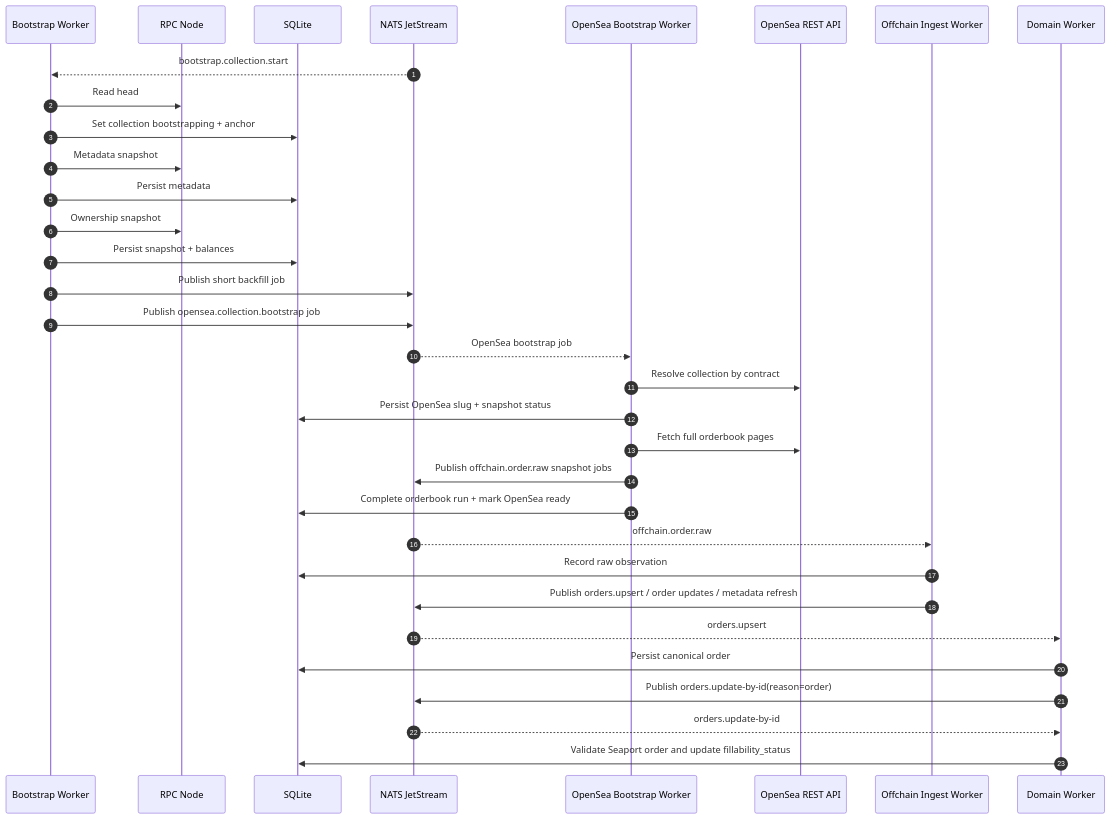
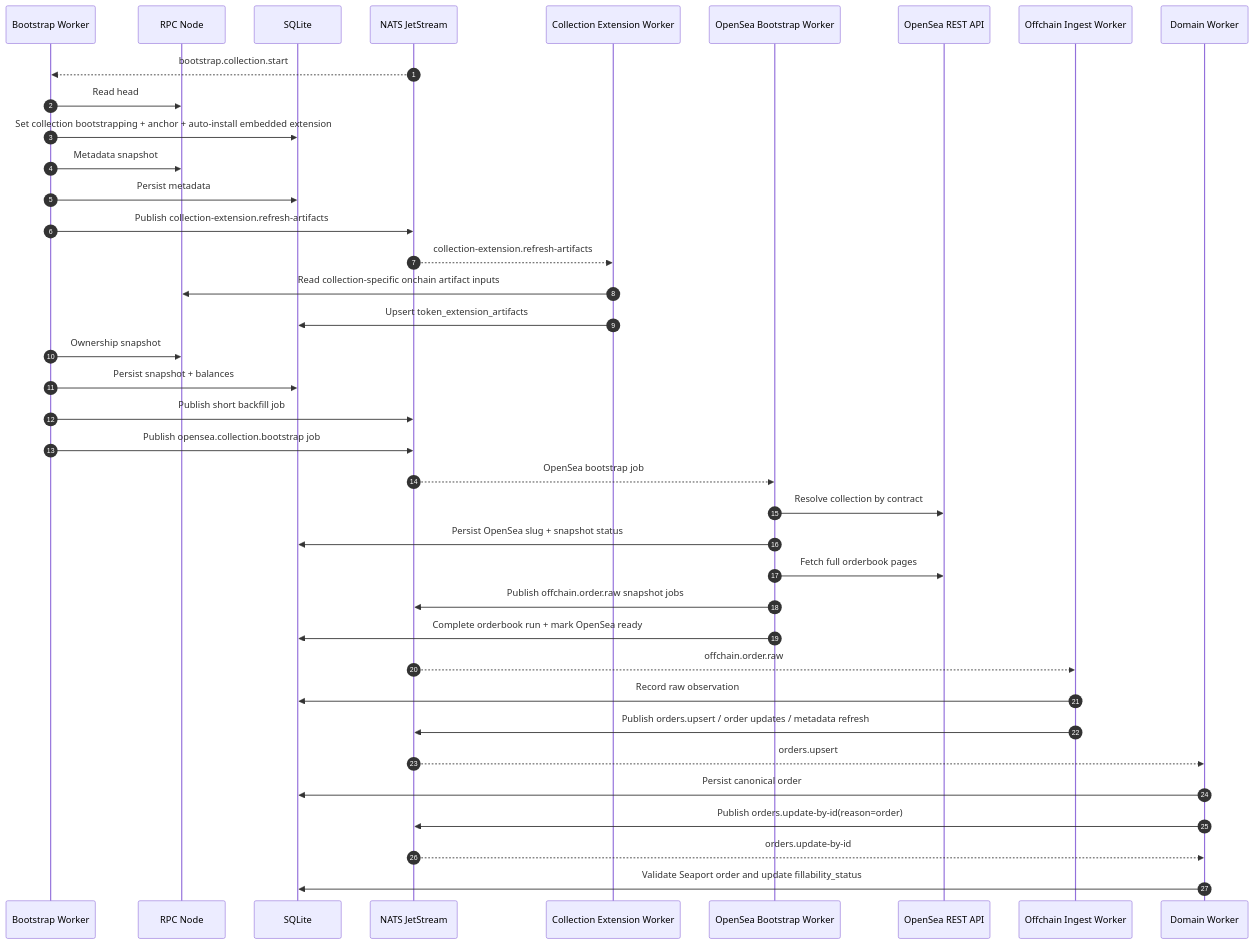
One commit to d347h-eth/artgod changed the second of 4 diagrams in docs/indexer/13-sequence-diagrams.md. Above: the diagram before and after it, drawn with Mermaid. The commit also changed other lines of this file and 41 other files, not shown here.

````diff
--- a/docs/indexer/13-sequence-diagrams.md
+++ b/docs/indexer/13-sequence-diagrams.md
@@ -35,39 +35,44 @@
 ```mermaid
 sequenceDiagram
     autonumber
     participant Bootstrap as Bootstrap Worker
     participant RPC as RPC Node
     participant DB as SQLite
     participant NATS as NATS JetStream
+    participant Ext as Collection Extension Worker
     participant OSBoot as OpenSea Bootstrap Worker
     participant OSAPI as OpenSea REST API
     participant Offchain as Offchain Ingest Worker
     participant Domain as Domain Worker
 
     NATS-->>Bootstrap: bootstrap.collection.start
     Bootstrap->>RPC: Read head
-    Bootstrap->>DB: Set collection bootstrapping + anchor
+    Bootstrap->>DB: Set collection bootstrapping + anchor + auto-install embedded extension
     Bootstrap->>RPC: Metadata snapshot
     Bootstrap->>DB: Persist metadata
+    Bootstrap->>NATS: Publish collection-extension.refresh-artifacts
+    NATS-->>Ext: collection-extension.refresh-artifacts
+    Ext->>RPC: Read collection-specific onchain artifact inputs
+    Ext->>DB: Upsert token_extension_artifacts
     Bootstrap->>RPC: Ownership snapshot
     Bootstrap->>DB: Persist snapshot + balances
     Bootstrap->>NATS: Publish short backfill job
     Bootstrap->>NATS: Publish opensea.collection.bootstrap job
 
     NATS-->>OSBoot: OpenSea bootstrap job
     OSBoot->>OSAPI: Resolve collection by contract
     OSBoot->>DB: Persist OpenSea slug + snapshot status
     OSBoot->>OSAPI: Fetch full orderbook pages
     OSBoot->>NATS: Publish offchain.order.raw snapshot jobs
     OSBoot->>DB: Complete orderbook run + mark OpenSea ready
 
     NATS-->>Offchain: offchain.order.raw
     Offchain->>DB: Record raw observation
     Offchain->>NATS: Publish orders.upsert / order updates / metadata refresh
 
     NATS-->>Domain: orders.upsert
     Domain->>DB: Persist canonical order
     Domain->>NATS: Publish orders.update-by-id(reason=order)
     NATS-->>Domain: orders.update-by-id
     Domain->>DB: Validate Seaport order and update fillability_status
 ```
````
